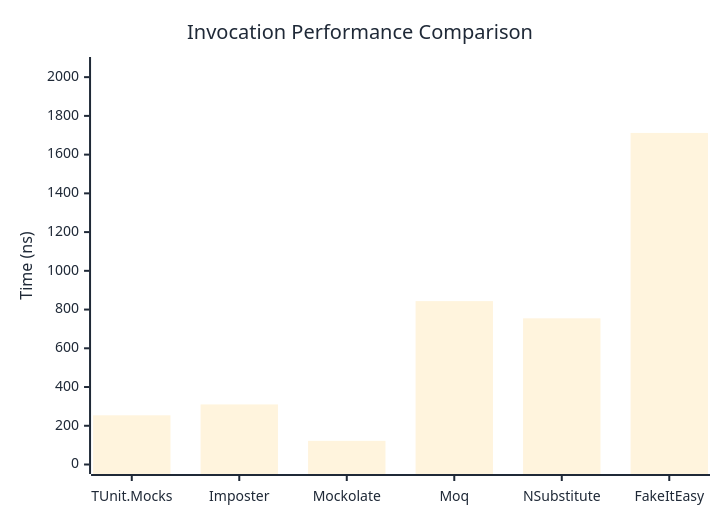
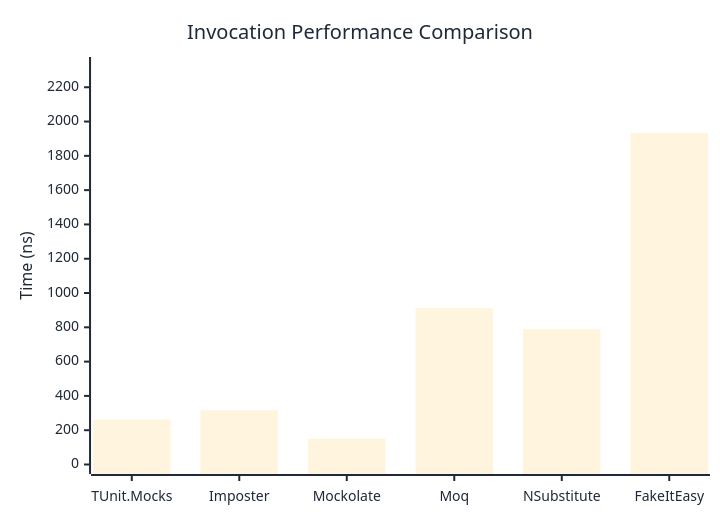
The first of 3 diagrams in docs/docs/benchmarks/mocks/Invocation.md (weiyilai/TUnit), drawn with Mermaid before and after one commit. The commit also changed other lines of this file and 14 other files, not shown here.

````diff
--- a/docs/docs/benchmarks/mocks/Invocation.md
+++ b/docs/docs/benchmarks/mocks/Invocation.md
@@ -28,27 +28,27 @@
 ```mermaid
 %%{init: {
   'theme':'base',
   'themeVariables': {
     'primaryColor': '#2563eb',
     'primaryTextColor': '#1f2937',
     'primaryBorderColor': '#1e40af',
     'lineColor': '#6b7280',
     'secondaryColor': '#7c3aed',
     'tertiaryColor': '#dc2626',
     'background': '#ffffff',
     'pie1': '#2563eb',
     'pie2': '#7c3aed',
     'pie3': '#dc2626',
     'pie4': '#f59e0b',
     'pie5': '#10b981',
     'pie6': '#06b6d4',
     'pie7': '#ec4899',
     'pie8': '#6366f1'
   }
 }}%%
 xychart-beta
   title "Invocation Performance Comparison"
   x-axis ["TUnit.Mocks", "Imposter", "Mockolate", "Moq", "NSubstitute", "FakeItEasy"]
-  y-axis "Time (ns)" 0 --> 2055
-  bar [254, 310.19, 122.12, 843.7, 754.69, 1711.93]
+  y-axis "Time (ns)" 0 --> 2321
+  bar [261.8, 316.7, 150.1, 911.5, 788.5, 1934.1]
 ```
````
